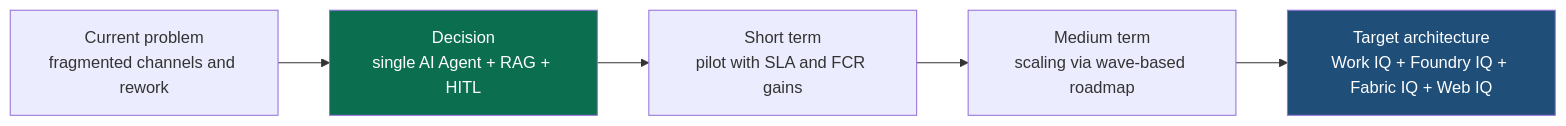
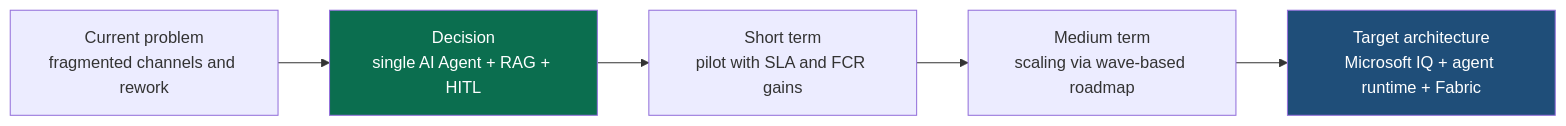
The first of 9 diagrams in doc/recommendation-output.md (fabioharams/hubsp-ai-skill), drawn with Mermaid before and after one commit. The commit also changed other lines of this file and 19 other files, not shown here.

````diff
--- a/doc/recommendation-output.md
+++ b/doc/recommendation-output.md
@@ -9,10 +9,10 @@
 ```mermaid
 flowchart LR
     A[Current problem<br/>fragmented channels and rework] --> B[Decision<br/>single AI Agent + RAG + HITL]
     B --> C[Short term<br/>pilot with SLA and FCR gains]
     C --> D[Medium term<br/>scaling via wave-based roadmap]
-    D --> E[Target architecture<br/>Work IQ + Foundry IQ + Fabric IQ + Web IQ]
+    D --> E[Target architecture<br/>Microsoft IQ + agent runtime + Fabric]
 
     style B fill:#0B6E4F,color:#fff
     style E fill:#1F4E79,color:#fff
 ```
````
